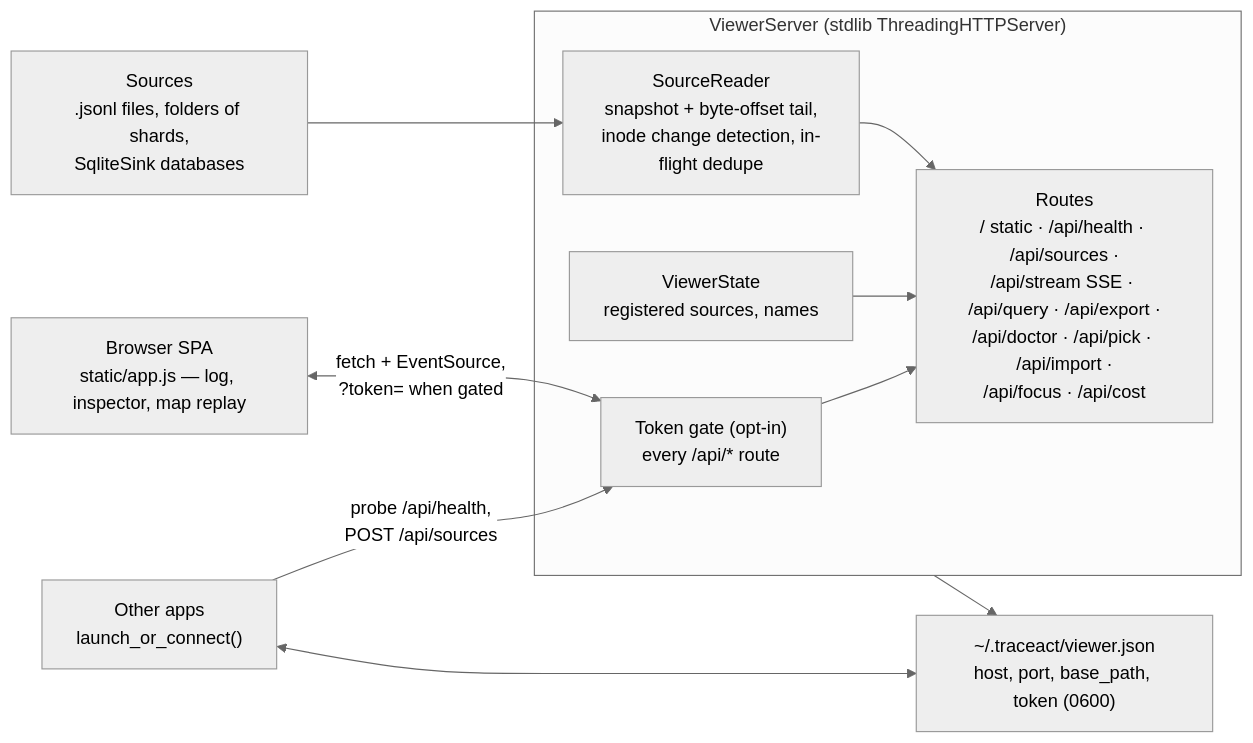
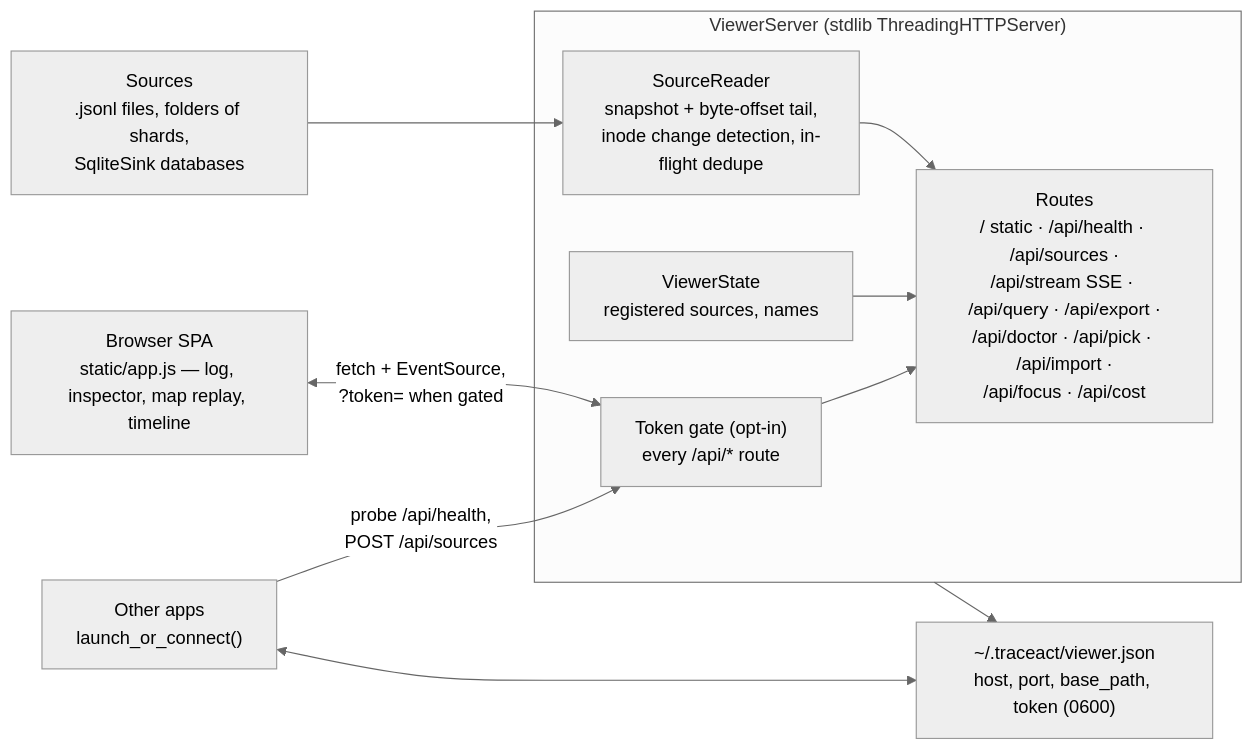
Before and after one commit to traceact/traceact: the second of 2 diagrams in ARCHITECTURE.md, drawn with Mermaid (neutral theme). The commit also changed 9 other files, not shown here.

Commit message:
v1.3.0: timeline viewer tab with concurrency measurements, attempt convention for retries

````diff
--- a/ARCHITECTURE.md
+++ b/ARCHITECTURE.md
@@ -62,24 +62,24 @@
 ```mermaid
 flowchart LR
     files["Sources<br/>.jsonl files, folders of shards,<br/>SqliteSink databases"]
 
     subgraph server ["ViewerServer (stdlib ThreadingHTTPServer)"]
         gate["Token gate (opt-in)<br/>every /api/* route"]
         routes["Routes<br/>/ static · /api/health · /api/sources ·<br/>/api/stream SSE · /api/query · /api/export ·<br/>/api/doctor · /api/pick · /api/import ·<br/>/api/focus · /api/cost"]
         state["ViewerState<br/>registered sources, names"]
         reader["SourceReader<br/>snapshot + byte-offset tail,<br/>inode change detection, in-flight dedupe"]
     end
 
-    browser["Browser SPA<br/>static/app.js — log, inspector, map replay"]
+    browser["Browser SPA<br/>static/app.js — log, inspector, map replay, timeline"]
     statefile["~/.traceact/viewer.json<br/>host, port, base_path, token (0600)"]
     apps["Other apps<br/>launch_or_connect()"]
 
     files --> reader
     reader --> routes
     state --> routes
     gate --> routes
     browser <-->|"fetch + EventSource,<br/>?token= when gated"| gate
     apps -->|"probe /api/health,<br/>POST /api/sources"| gate
     apps <--> statefile
     server --> statefile
 ```
````
